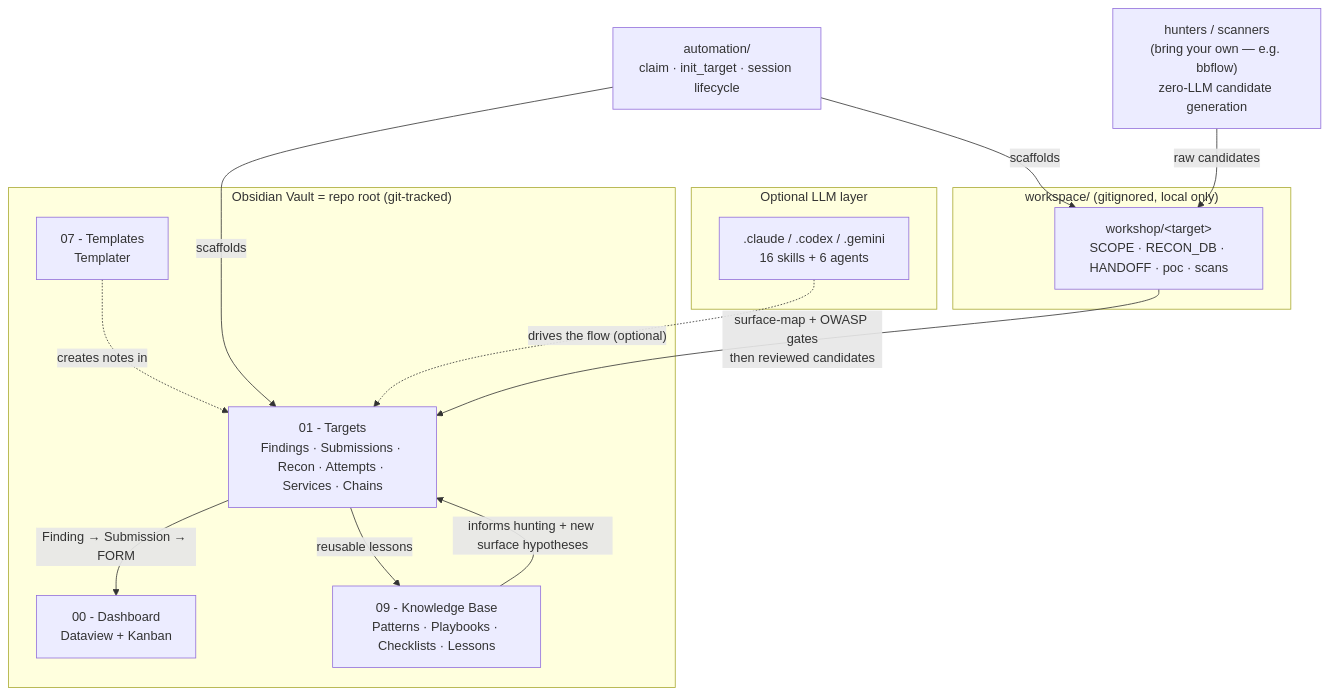
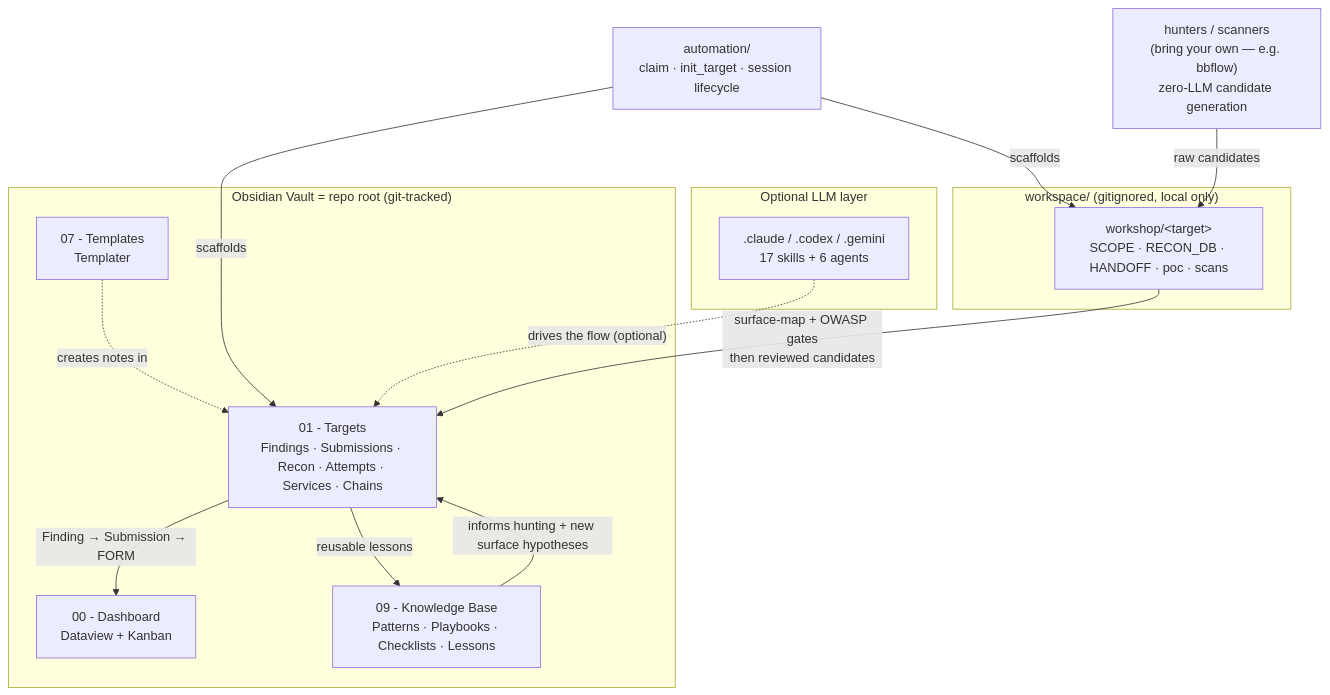
Before and after one commit to guan4tou2/bug-bounty-vault-framework: the diagram in README.md, drawn with Mermaid. The commit also changed other lines of this file and 11 other files, not shown here.

````diff
--- a/README.md
+++ b/README.md
@@ -11,27 +11,27 @@
 ```mermaid
 flowchart TB
   subgraph VAULT["Obsidian Vault = repo root (git-tracked)"]
     DASH["00 - Dashboard<br/>Dataview + Kanban"]
     TGT["01 - Targets<br/>Findings · Submissions · Recon · Attempts · Services · Chains"]
     TPL["07 - Templates<br/>Templater"]
     KB["09 - Knowledge Base<br/>Patterns · Playbooks · Checklists · Lessons"]
   end
   subgraph LLM["Optional LLM layer"]
-    SK[".claude / .codex / .gemini<br/>16 skills + 6 agents"]
+    SK[".claude / .codex / .gemini<br/>17 skills + 6 agents"]
   end
   subgraph LOCAL["workspace/ (gitignored, local only)"]
     WS["workshop/&lt;target&gt;<br/>SCOPE · RECON_DB · HANDOFF · poc · scans"]
   end
   AUTO["automation/<br/>claim · init_target · session lifecycle"]
   HUNT["hunters / scanners<br/>(bring your own — e.g. bbflow)<br/>zero-LLM candidate generation"]
 
   AUTO -->|scaffolds| TGT
   AUTO -->|scaffolds| WS
   HUNT -->|"raw candidates"| WS
   WS -->|"surface-map + OWASP gates<br/>then reviewed candidates"| TGT
   TGT -->|"Finding → Submission → FORM"| DASH
   TGT -->|"reusable lessons"| KB
   KB -->|"informs hunting + new surface hypotheses"| TGT
   TPL -.->|"creates notes in"| TGT
   SK -.->|"drives the flow (optional)"| TGT
 ```
````
